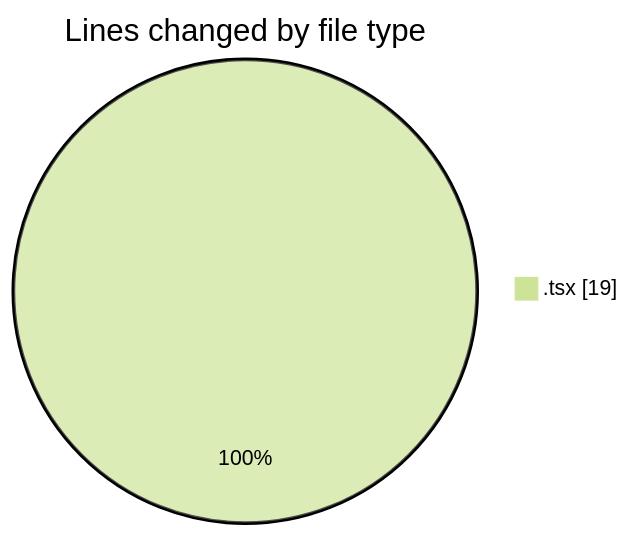
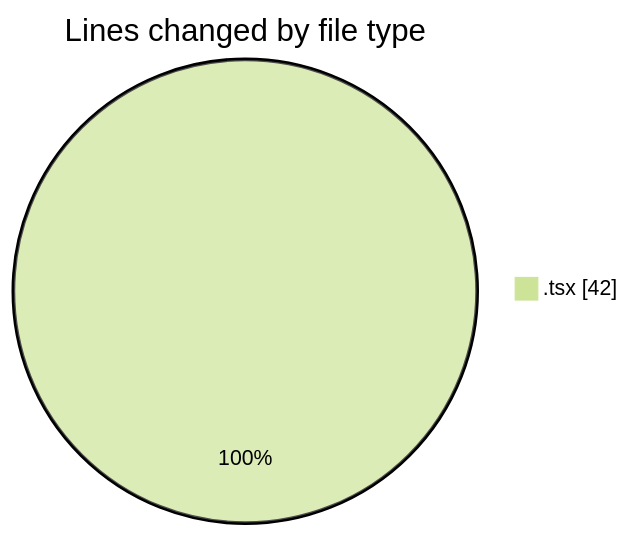
Before and after one commit to momahboobian/code-tracking: the first of 2 diagrams in 2025-03-27/cda/README.md, drawn with Mermaid (forest theme). The commit also changed other lines of this file and 1 other file, not shown here.

````diff
--- a/2025-03-27/cda/README.md
+++ b/2025-03-27/cda/README.md
@@ -20,5 +20,5 @@
 ```mermaid
 pie showData
 title Lines changed by file type
-".tsx" : 19
+".tsx" : 42
 ```
````
